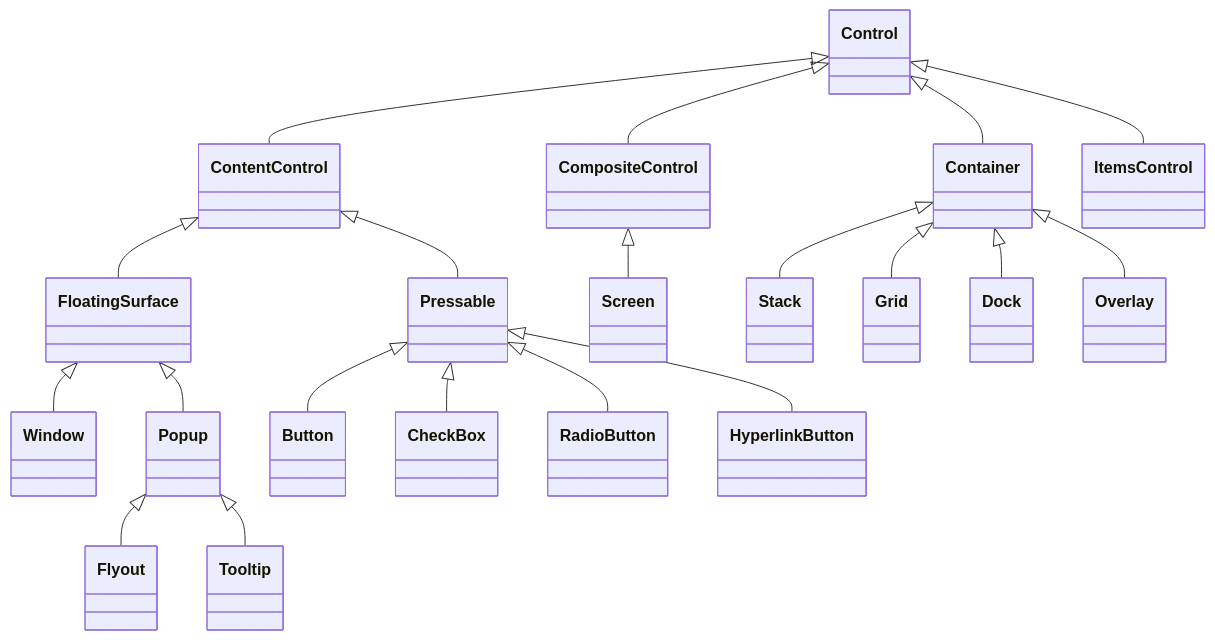
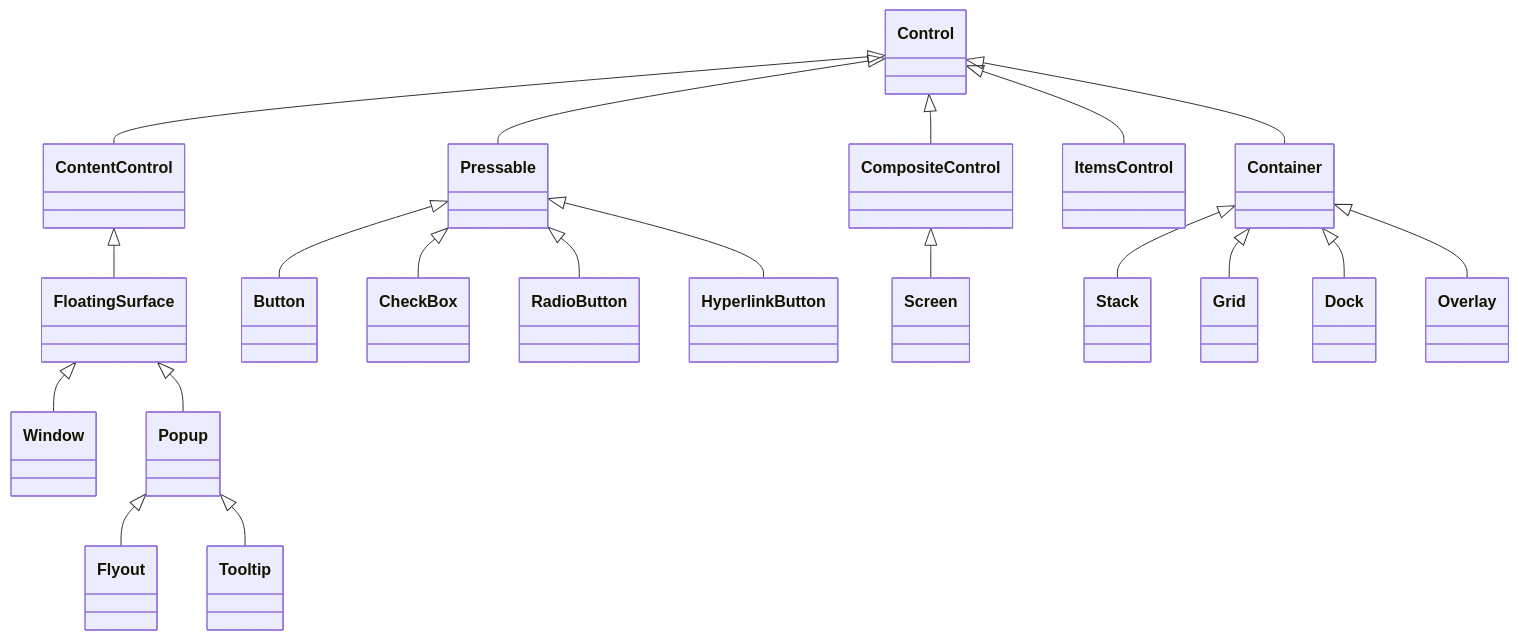
The diagram in docs/controls/index.md (pavkam/sharp-vision), drawn with Mermaid before and after one commit. The commit also changed other lines of this file and 17 other files, not shown here.

````diff
--- a/docs/controls/index.md
+++ b/docs/controls/index.md
@@ -12,22 +12,22 @@
 ```mermaid
 classDiagram
     Control <|-- Container
     Control <|-- ContentControl
     Control <|-- CompositeControl
     Control <|-- ItemsControl
-    ContentControl <|-- Pressable
+    Control <|-- Pressable
     ContentControl <|-- FloatingSurface
     FloatingSurface <|-- Window
     FloatingSurface <|-- Popup
     Popup <|-- Flyout
     Popup <|-- Tooltip
     Pressable <|-- Button
     Pressable <|-- CheckBox
     Pressable <|-- RadioButton
     Pressable <|-- HyperlinkButton
     CompositeControl <|-- Screen
     Container <|-- Stack
     Container <|-- Grid
     Container <|-- Dock
     Container <|-- Overlay
 ```
````
